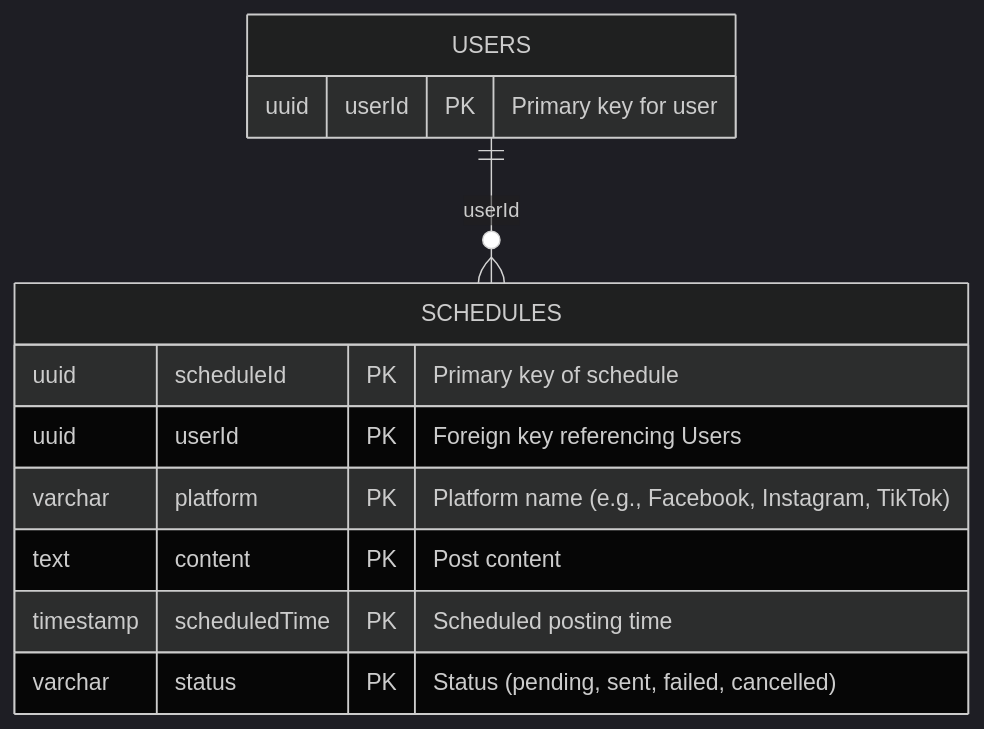
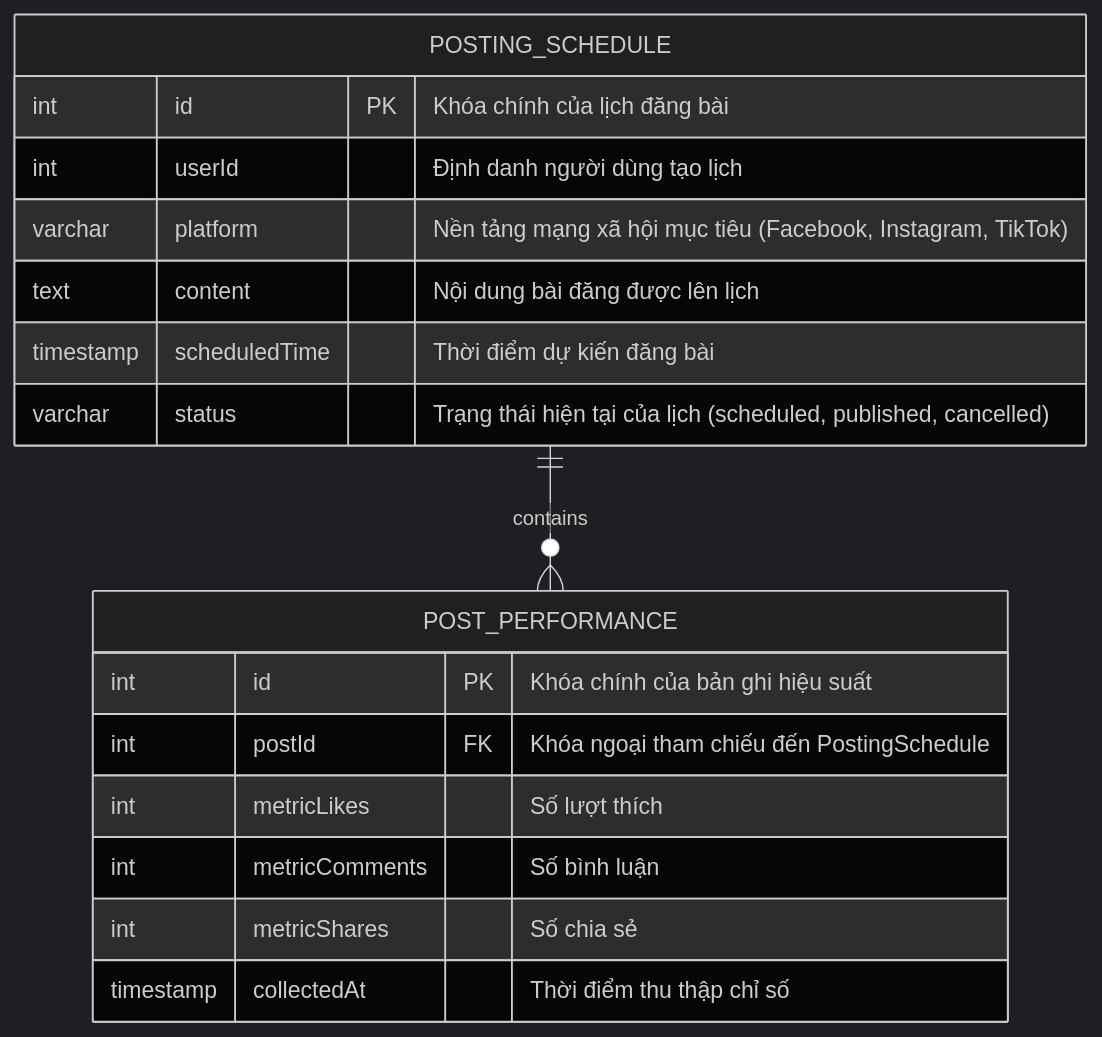
One commit to hainguyen81/enterprise-it-ai changed the second of 3 diagrams in sources/output/business-analysis/ba.md. Above: the diagram before and after it, drawn with Mermaid (dark theme). The commit also changed other lines of this file and 8 other files, not shown here.

````diff
--- a/sources/output/business-analysis/ba.md
+++ b/sources/output/business-analysis/ba.md
@@ -70,15 +103,20 @@
 ```mermaid
 erDiagram
-    USERS {
-        uuid userId PK "Primary key for user"
+    POSTING_SCHEDULE {
+        int id PK "Khóa chính của lịch đăng bài"
+        int userId "Định danh người dùng tạo lịch"
+        varchar platform "Nền tảng mạng xã hội mục tiêu (Facebook, Instagram, TikTok)"
+        text content "Nội dung bài đăng được lên lịch"
+        timestamp scheduledTime "Thời điểm dự kiến đăng bài"
+        varchar status "Trạng thái hiện tại của lịch (scheduled, published, cancelled)"
     }
-    SCHEDULES {
-        uuid scheduleId PK "Primary key of schedule"
-        uuid userId PK "Foreign key referencing Users"
-        varchar platform PK "Platform name (e.g., Facebook, Instagram, TikTok)"
-        text content PK "Post content"
-        timestamp scheduledTime PK "Scheduled posting time"
-        varchar status PK "Status (pending, sent, failed, cancelled)"
+    POST_PERFORMANCE {
+        int id PK "Khóa chính của bản ghi hiệu suất"
+        int postId FK "Khóa ngoại tham chiếu đến PostingSchedule"
+        int metricLikes "Số lượt thích"
+        int metricComments "Số bình luận"
+        int metricShares "Số chia sẻ"
+        timestamp collectedAt "Thời điểm thu thập chỉ số"
     }
-    USERS ||--o{ SCHEDULES : "userId"
+    POSTING_SCHEDULE ||--o{ POST_PERFORMANCE : "contains"
 ```
````
